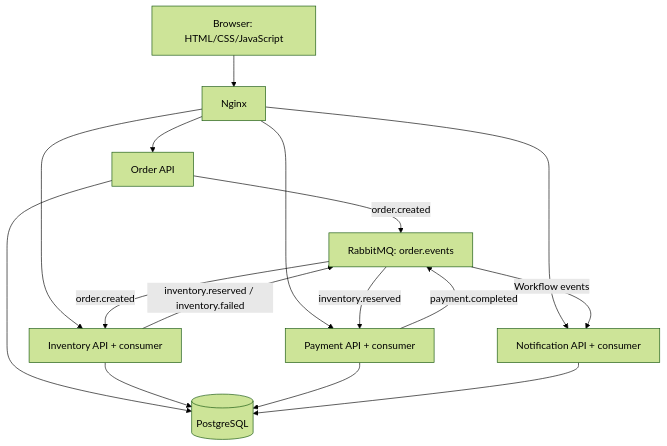
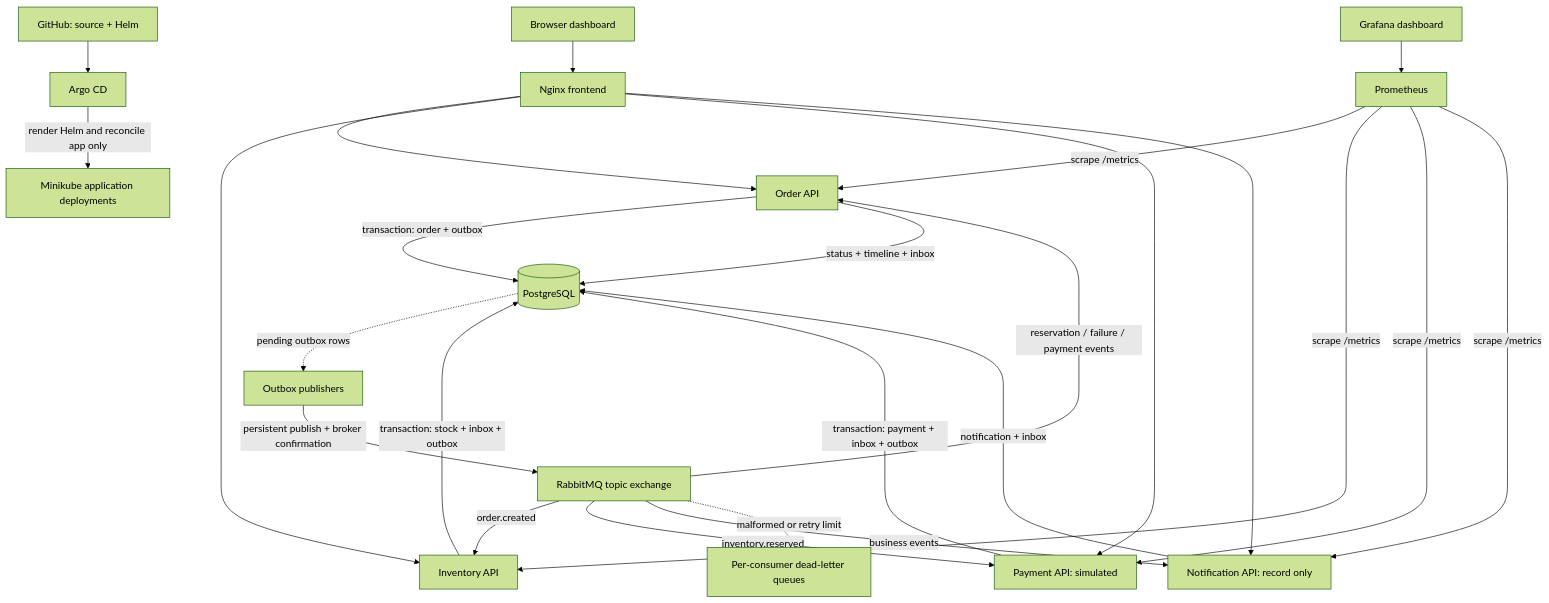
One commit to heyiamwahab236/azure-aks-gitops changed the diagram in docs/ARCHITECTURE.md. Above: the diagram before and after it, drawn with Mermaid (forest theme). The commit also changed other lines of this file and 16 other files, not shown here.

Commit message:
Document the implemented architecture, demo and verification boundaries

````diff
--- a/docs/ARCHITECTURE.md
+++ b/docs/ARCHITECTURE.md
@@ -3,18 +3,24 @@
 ```mermaid
-flowchart TD
- B[Browser: HTML/CSS/JavaScript] --> N[Nginx]
- N --> O[Order API]
- N --> I[Inventory API + consumer]
- N --> P[Payment API + consumer]
- N --> Q[Notification API + consumer]
- O -->|order.created| R[RabbitMQ: order.events]
- R -->|order.created| I
- I -->|inventory.reserved / inventory.failed| R
- R -->|inventory.reserved| P
- P -->|payment.completed| R
- R -->|Workflow events| Q
- O --> D[(PostgreSQL)]
- I --> D
- P --> D
- Q --> D
+flowchart TB
+    B[Browser dashboard] --> N[Nginx frontend]
+    N --> O[Order API]
+    N --> I[Inventory API]
+    N --> P[Payment API: simulated]
+    N --> F[Notification API: record only]
+    O -->|transaction: order + outbox| DB[(PostgreSQL)]
+    DB -. pending outbox rows .-> R[Outbox publishers]
+    R -->|persistent publish + broker confirmation| MQ[RabbitMQ topic exchange]
+    MQ -->|order.created| I
+    I -->|transaction: stock + inbox + outbox| DB
+    MQ -->|inventory.reserved| P
+    P -->|transaction: payment + inbox + outbox| DB
+    MQ -->|business events| F
+    F -->|notification + inbox| DB
+    MQ -->|reservation / failure / payment events| O
+    O -->|status + timeline + inbox| DB
+    MQ -. malformed or retry limit .-> D[Per-consumer dead-letter queues]
+    M[Prometheus] -->|scrape /metrics| O & I & P & F
+    G[Grafana dashboard] --> M
+    Git[GitHub: source + Helm] --> A[Argo CD]
+    A -->|render Helm and reconcile app only| K[Minikube application deployments]
 ```
````
